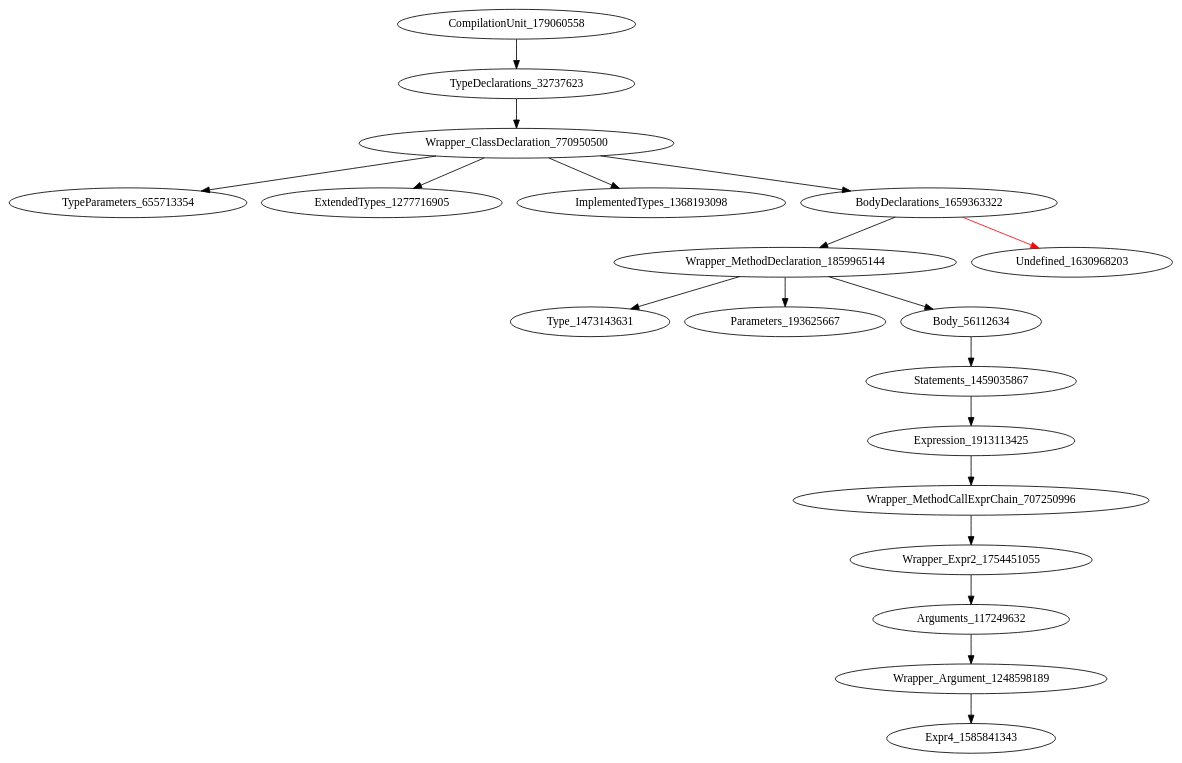
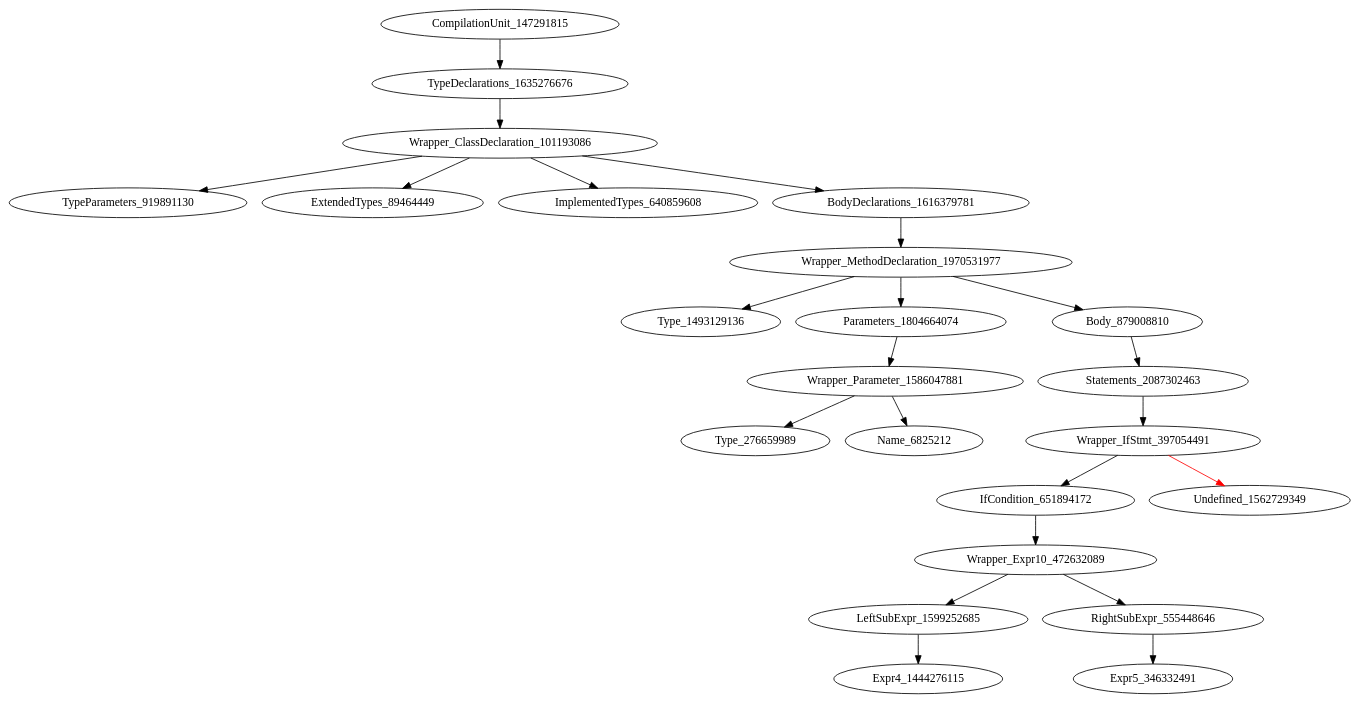
One commit to icse2023material/VoiceJava changed the diagram in holeAST.dot. Above: the diagram before and after it, drawn with Graphviz. The commit also changed 4 other files, not shown here.

Commit message:
[refactor] concat name for expr1 call function

```diff
--- a/holeAST.dot
+++ b/holeAST.dot
@@ -1,20 +1,24 @@
 digraph {
-CompilationUnit_179060558 -> TypeDeclarations_32737623
-TypeDeclarations_32737623 -> Wrapper_ClassDeclaration_770950500
-Wrapper_ClassDeclaration_770950500 -> TypeParameters_655713354
-Wrapper_ClassDeclaration_770950500 -> ExtendedTypes_1277716905
-Wrapper_ClassDeclaration_770950500 -> ImplementedTypes_1368193098
-Wrapper_ClassDeclaration_770950500 -> BodyDeclarations_1659363322
-BodyDeclarations_1659363322 -> Wrapper_MethodDeclaration_1859965144
-BodyDeclarations_1659363322 -> Undefined_1630968203 [color = red] 
-Wrapper_MethodDeclaration_1859965144 -> Type_1473143631
-Wrapper_MethodDeclaration_1859965144 -> Parameters_193625667
-Wrapper_MethodDeclaration_1859965144 -> Body_56112634
-Body_56112634 -> Statements_1459035867
-Statements_1459035867 -> Expression_1913113425
-Expression_1913113425 -> Wrapper_MethodCallExprChain_707250996
-Wrapper_MethodCallExprChain_707250996 -> Wrapper_Expr2_1754451055
-Wrapper_Expr2_1754451055 -> Arguments_117249632
-Arguments_117249632 -> Wrapper_Argument_1248598189
-Wrapper_Argument_1248598189 -> Expr4_1585841343
+CompilationUnit_147291815 -> TypeDeclarations_1635276676
+TypeDeclarations_1635276676 -> Wrapper_ClassDeclaration_101193086
+Wrapper_ClassDeclaration_101193086 -> TypeParameters_919891130
+Wrapper_ClassDeclaration_101193086 -> ExtendedTypes_89464449
+Wrapper_ClassDeclaration_101193086 -> ImplementedTypes_640859608
+Wrapper_ClassDeclaration_101193086 -> BodyDeclarations_1616379781
+BodyDeclarations_1616379781 -> Wrapper_MethodDeclaration_1970531977
+Wrapper_MethodDeclaration_1970531977 -> Type_1493129136
+Wrapper_MethodDeclaration_1970531977 -> Parameters_1804664074
+Wrapper_MethodDeclaration_1970531977 -> Body_879008810
+Parameters_1804664074 -> Wrapper_Parameter_1586047881
+Body_879008810 -> Statements_2087302463
+Wrapper_Parameter_1586047881 -> Type_276659989
+Wrapper_Parameter_1586047881 -> Name_6825212
+Statements_2087302463 -> Wrapper_IfStmt_397054491
+Wrapper_IfStmt_397054491 -> IfCondition_651894172
+Wrapper_IfStmt_397054491 -> Undefined_1562729349 [color = red] 
+IfCondition_651894172 -> Wrapper_Expr10_472632089
+Wrapper_Expr10_472632089 -> LeftSubExpr_1599252685
+Wrapper_Expr10_472632089 -> RightSubExpr_555448646
+LeftSubExpr_1599252685 -> Expr4_1444276115
+RightSubExpr_555448646 -> Expr5_346332491
 }
```
